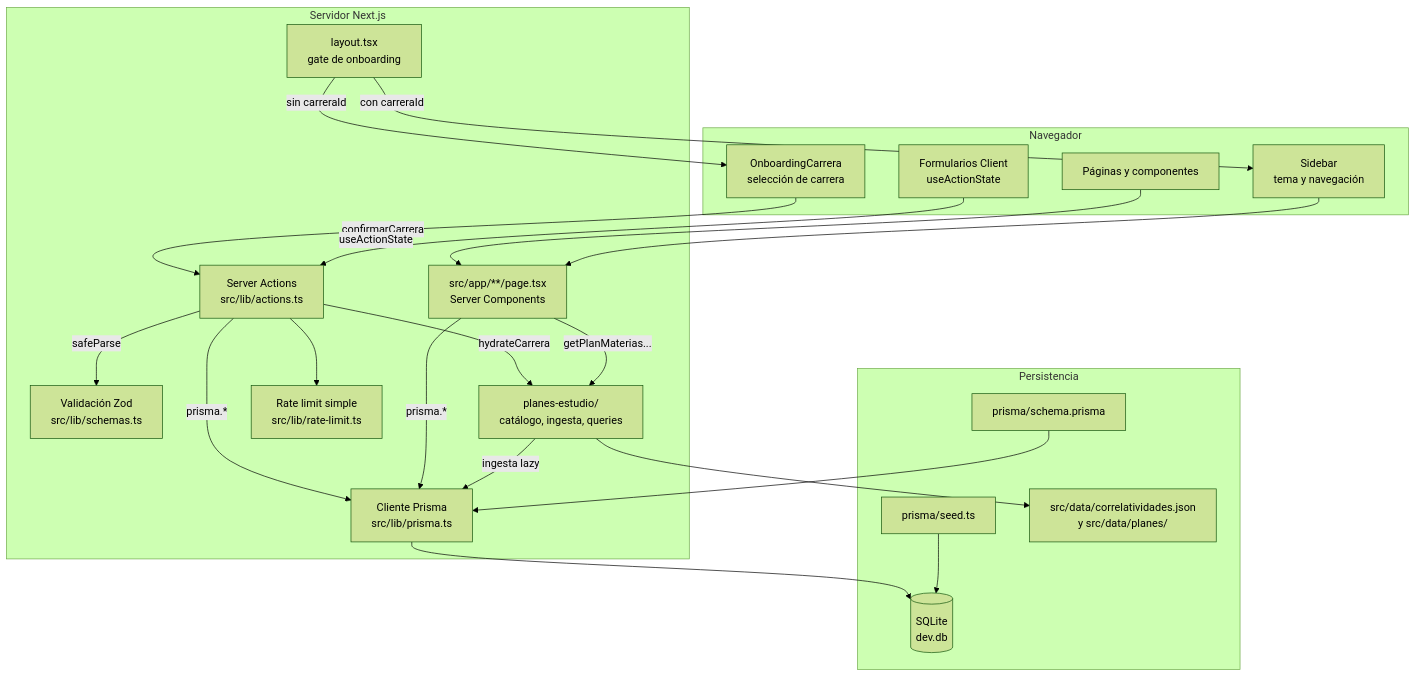
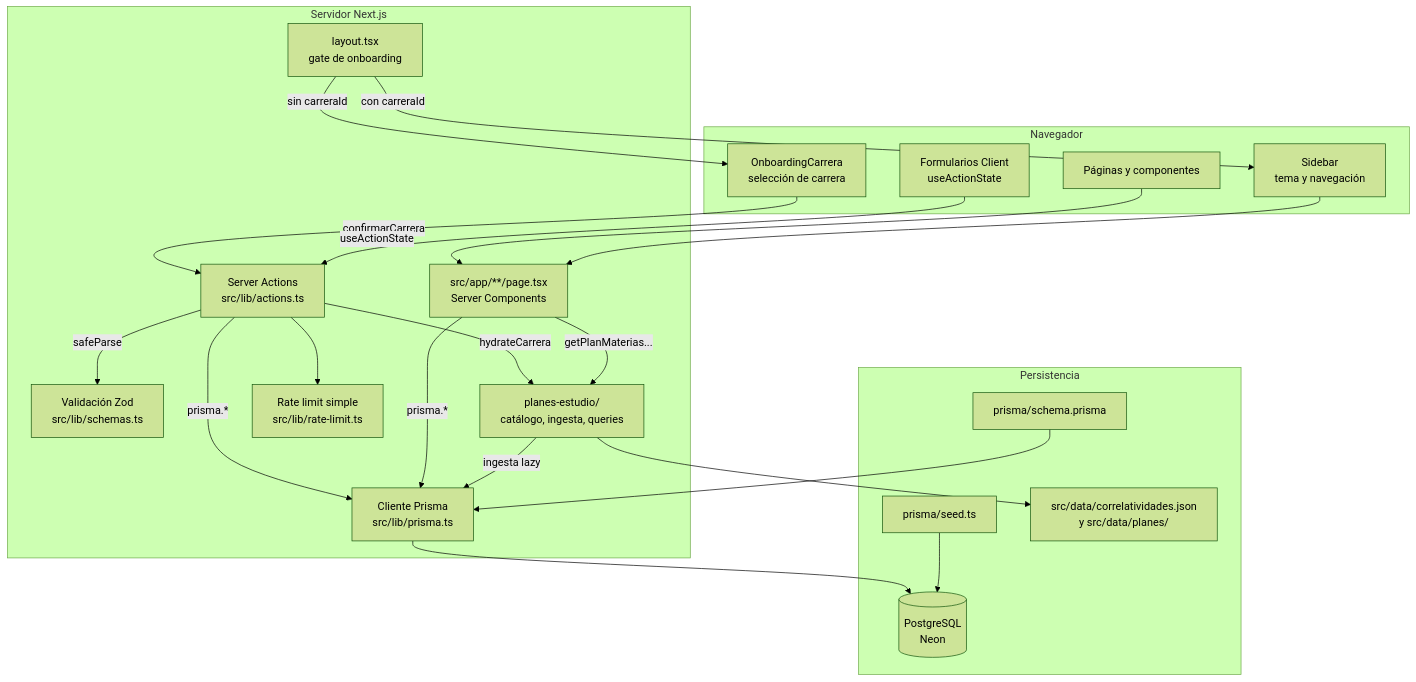
Before and after one commit to lautioliver/UcaNode: the diagram in wiki/Arquitectura.md, drawn with Mermaid (forest theme). The commit also changed 18 other files, not shown here.

First line of the commit message:
feat: migrar a PostgreSQL y preparar deploy en Vercel + Neon

````diff
--- a/wiki/Arquitectura.md
+++ b/wiki/Arquitectura.md
@@ -21,44 +21,44 @@
 ```mermaid
 flowchart TB
     subgraph Browser["Navegador"]
         UI["Páginas y componentes"]
         Onboarding["OnboardingCarrera<br/>selección de carrera"]
         FormsUI["Formularios Client<br/>useActionState"]
         Sidebar["Sidebar<br/>tema y navegación"]
     end
 
     subgraph NextServer["Servidor Next.js"]
         Layout["layout.tsx<br/>gate de onboarding"]
         Pages["src/app/**/page.tsx<br/>Server Components"]
         Actions["Server Actions<br/>src/lib/actions.ts"]
         Schemas["Validación Zod<br/>src/lib/schemas.ts"]
         Planes["planes-estudio/<br/>catálogo, ingesta, queries"]
         PrismaLib["Cliente Prisma<br/>src/lib/prisma.ts"]
         RateLimit["Rate limit simple<br/>src/lib/rate-limit.ts"]
     end
 
     subgraph Data["Persistencia"]
         SchemaDef["prisma/schema.prisma"]
-        DB[("SQLite<br/>dev.db")]
+        DB[("PostgreSQL<br/>Neon")]
         Seed["prisma/seed.ts"]
         PlanJSON["src/data/correlatividades.json<br/>y src/data/planes/"]
     end
 
     Layout -->|"sin carreraId"| Onboarding
     Onboarding -->|"confirmarCarrera"| Actions
     Layout -->|"con carreraId"| Sidebar
     UI --> Pages
     Sidebar --> Pages
     FormsUI -->|"useActionState"| Actions
     Actions --> RateLimit
     Actions -->|"safeParse"| Schemas
     Actions -->|"hydrateCarrera"| Planes
     Actions -->|"prisma.*"| PrismaLib
     Pages -->|"getPlanMaterias..."| Planes
     Pages -->|"prisma.*"| PrismaLib
     Planes --> PlanJSON
     Planes -->|"ingesta lazy"| PrismaLib
     PrismaLib --> DB
     SchemaDef --> PrismaLib
     Seed --> DB
 ```
````
